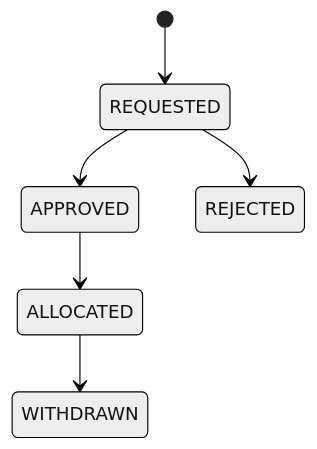
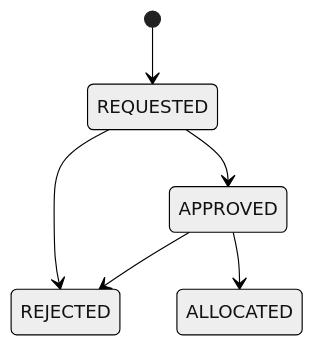
The fourth of 5 diagrams in reference/block-insure-deep-technical-reference.md (kazi-kamruddin/Block-Insure), drawn with Mermaid (neutral theme) before and after one commit. The commit also changed other lines of this file and 68 other files, not shown here.

````diff
--- a/reference/block-insure-deep-technical-reference.md
+++ b/reference/block-insure-deep-technical-reference.md
@@ -2753,8 +2861,8 @@
 ```mermaid
 stateDiagram-v2
     [*] --> REQUESTED
     REQUESTED --> APPROVED
     REQUESTED --> REJECTED
+    APPROVED --> REJECTED
     APPROVED --> ALLOCATED
-    ALLOCATED --> WITHDRAWN
 ```
````
